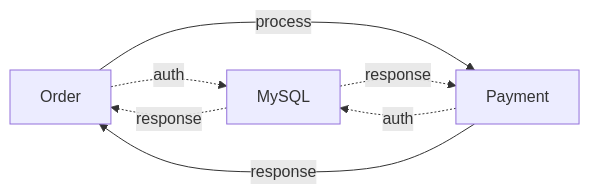
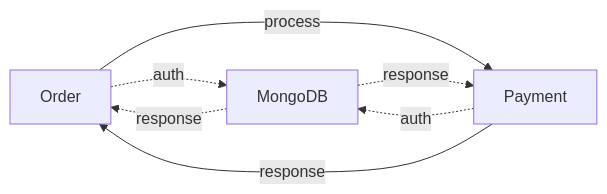
Before and after one commit to gknguyen/order-payment-microservices: the diagram in readme.md, drawn with Mermaid. The commit also changed other lines of this file and 49 other files, not shown here.

````diff
--- a/readme.md
+++ b/readme.md
@@ -8,7 +8,7 @@
 ```mermaid
 graph LR
-    Order & Payment -. auth .-> MySQL
+    Order & Payment -. auth .-> MongoDB
     Order -- process --> Payment
     Payment -- response --> Order
-    MySQL -. response .-> Order & Payment
+    MongoDB -. response .-> Order & Payment
 ```
````
